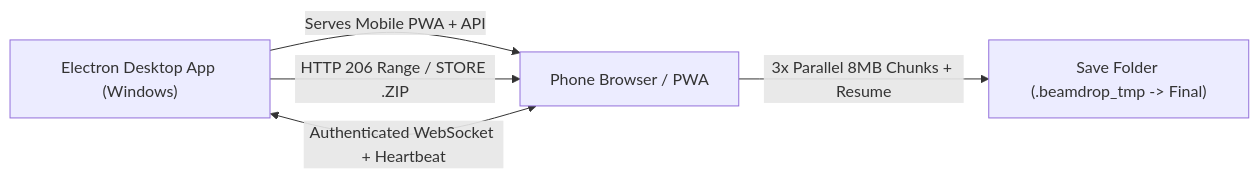
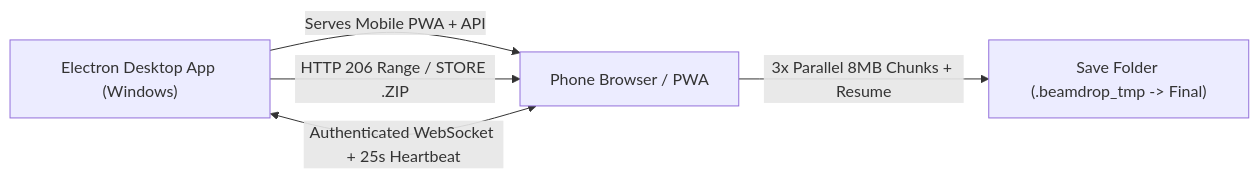
One commit to p4inz-code/beamdrop changed the diagram in README.md. Above: the diagram before and after it, drawn with Mermaid. The commit also changed other lines of this file and 7 other files, not shown here.

Commit message:
docs & ci: portfolio README, CONTRIBUTING, SECURITY, ROADMAP, KNOWN_ISSUES, issue templates & CI workflow

````diff
--- a/README.md
+++ b/README.md
@@ -38,7 +56,7 @@
 ```mermaid
 flowchart LR
     PC["Electron Desktop App (Windows)"] -->|Serves Mobile PWA + API| Phone["Phone Browser / PWA"]
     Phone -->|3x Parallel 8MB Chunks + Resume| Disk["Save Folder (.beamdrop_tmp -> Final)"]
     PC -->|HTTP 206 Range / STORE .ZIP| Phone
-    PC <-->|Authenticated WebSocket + Heartbeat| Phone
+    PC <-->|Authenticated WebSocket + 25s Heartbeat| Phone
 ```
````
